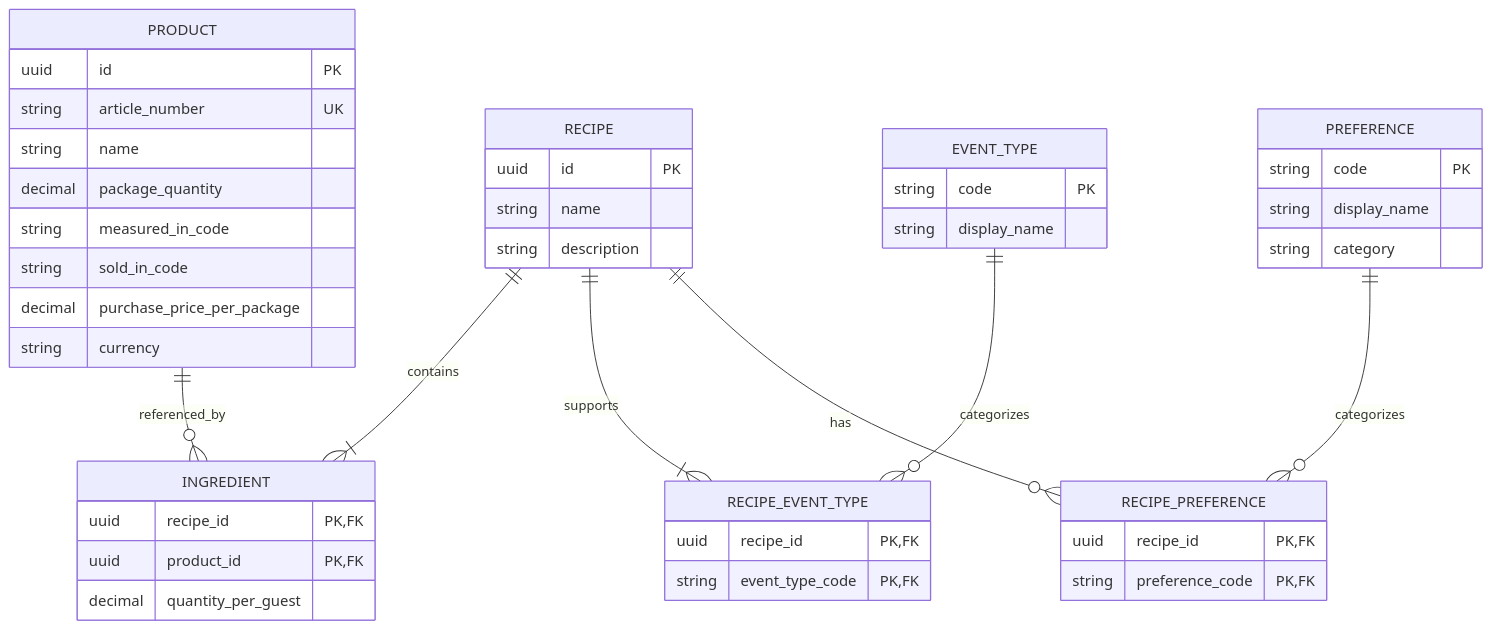
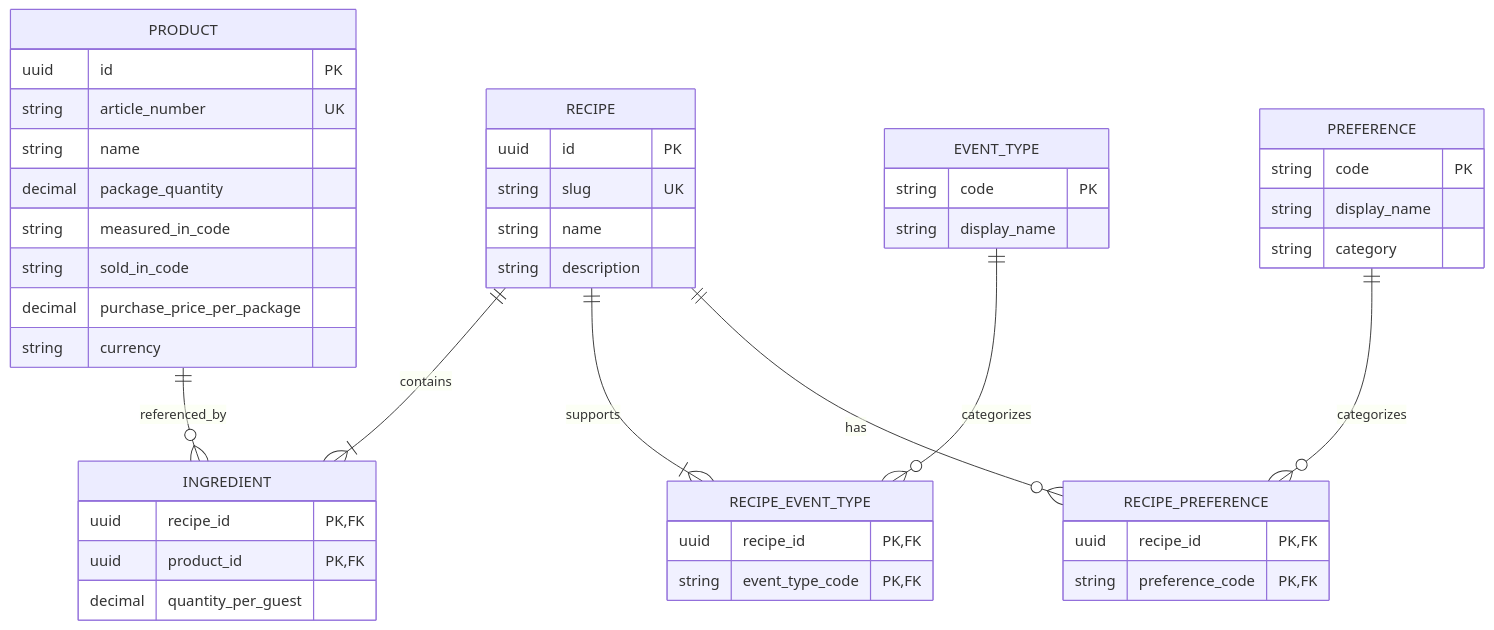
Before and after one commit to razec3/chilaquiles-in-a-box: the second of 2 diagrams in Documentation/Architecture/event-in-a-box-domain-model-and-erm.md, drawn with Mermaid. The commit also changed other lines of this file and 26 other files, not shown here.

````diff
--- a/Documentation/Architecture/event-in-a-box-domain-model-and-erm.md
+++ b/Documentation/Architecture/event-in-a-box-domain-model-and-erm.md
@@ -379,53 +379,54 @@
 ```mermaid
 erDiagram
     RECIPE {
         uuid id PK
+        string slug UK
         string name
         string description
     }
 
     PRODUCT {
         uuid id PK
         string article_number UK
         string name
         decimal package_quantity
         string measured_in_code
         string sold_in_code
         decimal purchase_price_per_package
         string currency
     }
 
     INGREDIENT {
         uuid recipe_id PK, FK
         uuid product_id PK, FK
         decimal quantity_per_guest
     }
 
     EVENT_TYPE {
         string code PK
         string display_name
     }
 
     RECIPE_EVENT_TYPE {
         uuid recipe_id PK, FK
         string event_type_code PK, FK
     }
 
     PREFERENCE {
         string code PK
         string display_name
         string category
     }
 
     RECIPE_PREFERENCE {
         uuid recipe_id PK, FK
         string preference_code PK, FK
     }
 
     RECIPE ||--|{ INGREDIENT : contains
     PRODUCT ||--o{ INGREDIENT : referenced_by
     RECIPE ||--|{ RECIPE_EVENT_TYPE : supports
     EVENT_TYPE ||--o{ RECIPE_EVENT_TYPE : categorizes
     RECIPE ||--o{ RECIPE_PREFERENCE : has
     PREFERENCE ||--o{ RECIPE_PREFERENCE : categorizes
 ```
````
